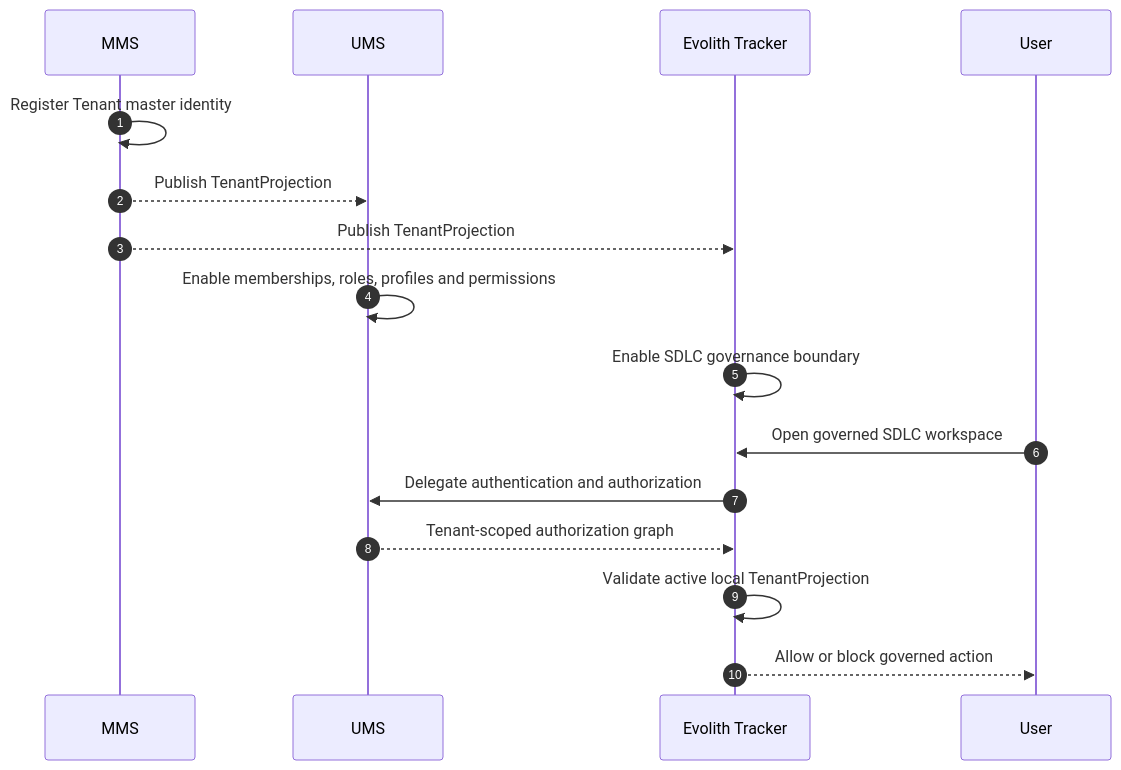
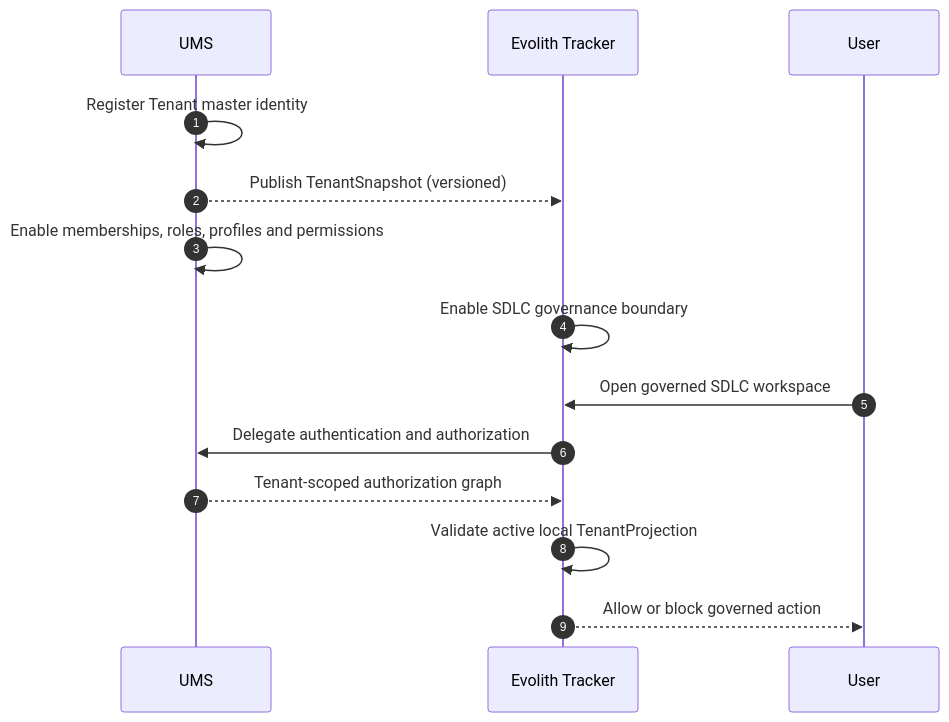
Before and after one commit to beyondnetcode/evolith_arch32: the third of 8 diagrams in product/suite/architecture/evolith-governed-composition-target-design.md, drawn with Mermaid. The commit also changed other lines of this file and 3 other files, not shown here.

First line of the commit message:
docs(suite): the two design documents that still drew MMS as the tenant master

````diff
--- a/product/suite/architecture/evolith-governed-composition-target-design.md
+++ b/product/suite/architecture/evolith-governed-composition-target-design.md
@@ -189,19 +186,17 @@
 ```mermaid
 sequenceDiagram
     autonumber
-    participant M as MMS
     participant U as UMS
     participant T as Evolith Tracker
     participant A as User
 
-    M->>M: Register Tenant master identity
-    M-->>U: Publish TenantProjection
-    M-->>T: Publish TenantProjection
+    U->>U: Register Tenant master identity
+    U-->>T: Publish TenantSnapshot (versioned)
     U->>U: Enable memberships, roles, profiles and permissions
     T->>T: Enable SDLC governance boundary
     A->>T: Open governed SDLC workspace
     T->>U: Delegate authentication and authorization
     U-->>T: Tenant-scoped authorization graph
     T->>T: Validate active local TenantProjection
     T-->>A: Allow or block governed action
 ```
````
